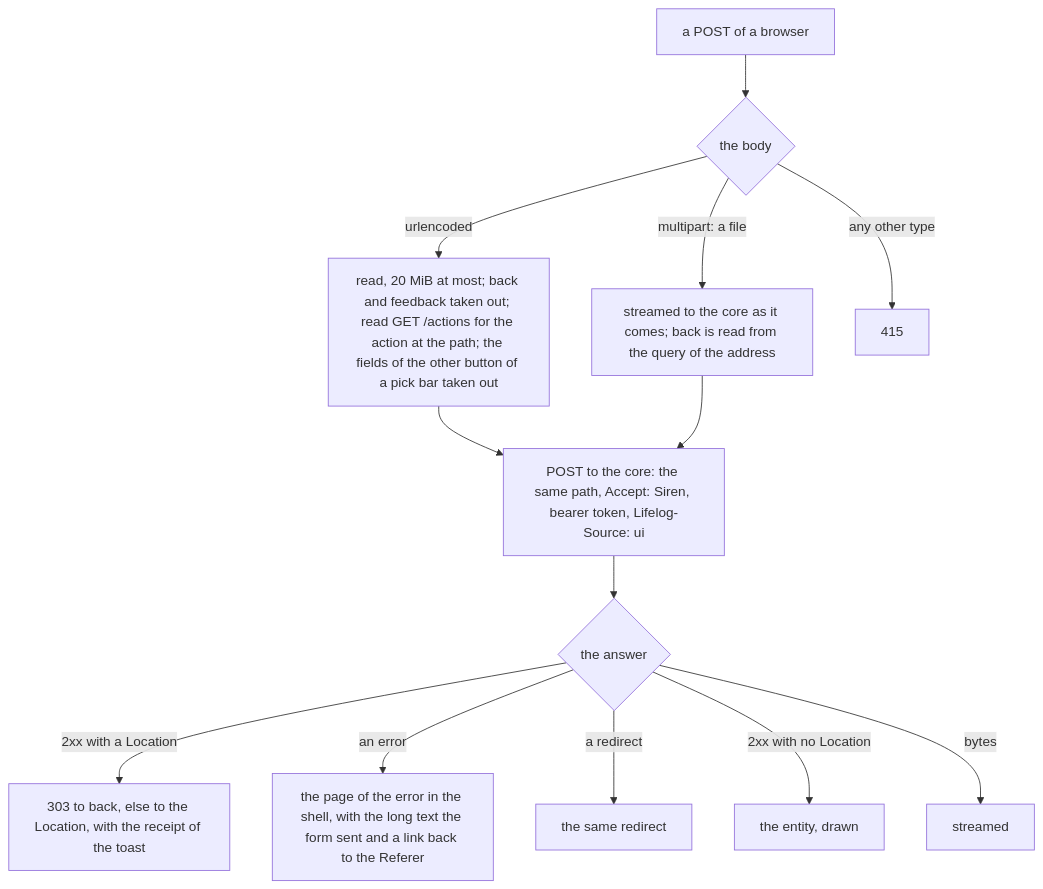
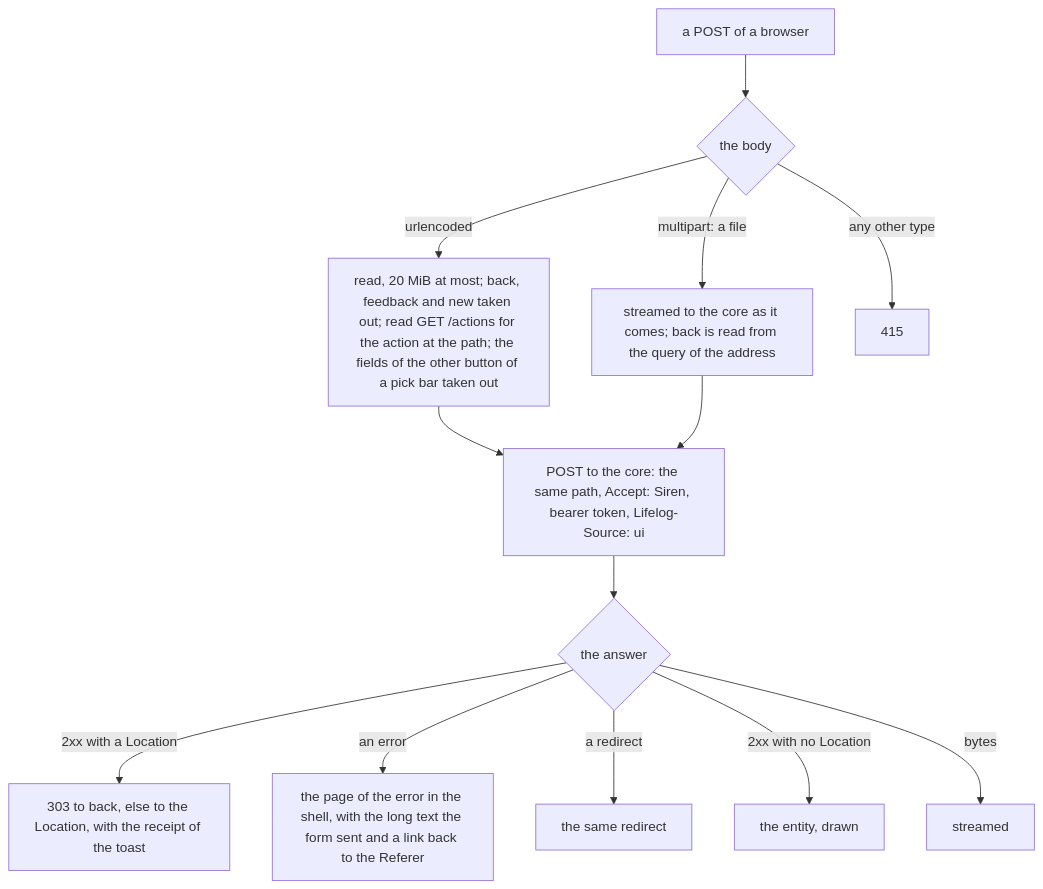
The fifth of 8 diagrams in extensions/web/README.md (alexradunet/aminte), drawn with Mermaid before and after one commit. The commit also changed other lines of this file and 4 other files, not shown here.

````diff
--- a/extensions/web/README.md
+++ b/extensions/web/README.md
@@ -176,15 +192,15 @@
 ```mermaid
 flowchart TD
   F["a POST of a browser"] --> T{"the body"}
-  T -->|"urlencoded"| R["read, 20 MiB at most; back and feedback taken out; read GET /actions for the action at the path; the fields of the other button of a pick bar taken out"]
+  T -->|"urlencoded"| R["read, 20 MiB at most; back, feedback and new taken out; read GET /actions for the action at the path; the fields of the other button of a pick bar taken out"]
   T -->|"multipart: a file"| M["streamed to the core as it comes; back is read from the query of the address"]
   T -->|"any other type"| U["415"]
   R --> C["POST to the core: the same path, Accept: Siren, bearer token, Lifelog-Source: ui"]
   M --> C
   C --> A{"the answer"}
   A -->|"2xx with a Location"| D["303 to back, else to the Location, with the receipt of the toast"]
   A -->|"an error"| E["the page of the error in the shell, with the long text the form sent and a link back to the Referer"]
   A -->|"a redirect"| Y["the same redirect"]
   A -->|"2xx with no Location"| P["the entity, drawn"]
   A -->|"bytes"| Z["streamed"]
 ```
````
